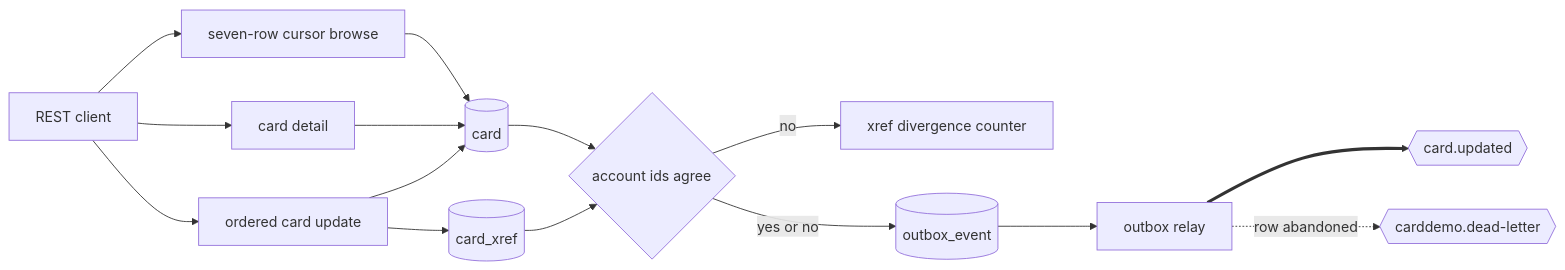
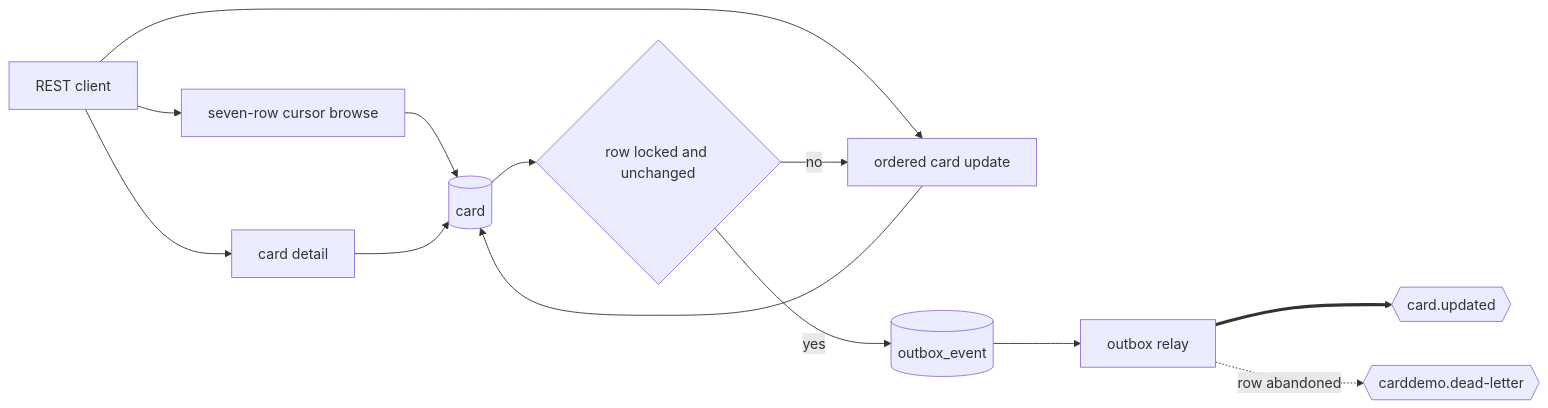
One commit to blitzy-public-samples/aws-carddemo-blitzy changed the diagram in card-platform/services/card-service/README.md. Above: the diagram before and after it, drawn with Mermaid. The commit also changed other lines of this file and 51 other files, not shown here.

````diff
--- a/card-platform/services/card-service/README.md
+++ b/card-platform/services/card-service/README.md
@@ -122,30 +121,26 @@
 ```mermaid
 graph LR
     CLIENT["REST client"]
     LIST["seven-row cursor browse"]
     DETAIL["card detail"]
     UPDATE["ordered card update"]
     CARD[("card")]
-    XREF[("card_xref")]
-    CHECK{"account ids agree"}
-    METER["xref divergence counter"]
+    LOCK{"row locked and unchanged"}
     OUT[("outbox_event")]
     RELAY["outbox relay"]
     TOPIC{{"card.updated"}}
     DEAD{{"carddemo.dead-letter"}}
 
     CLIENT --> LIST
     CLIENT --> DETAIL
     CLIENT --> UPDATE
     LIST --> CARD
     DETAIL --> CARD
     UPDATE --> CARD
-    UPDATE --> XREF
-    XREF --> CHECK
-    CARD --> CHECK
-    CHECK -->|no| METER
-    CHECK -->|yes or no| OUT
+    CARD --> LOCK
+    LOCK -->|no| UPDATE
+    LOCK -->|yes| OUT
     OUT --> RELAY
     RELAY ==> TOPIC
     RELAY -.->|row abandoned| DEAD
 ```
````
